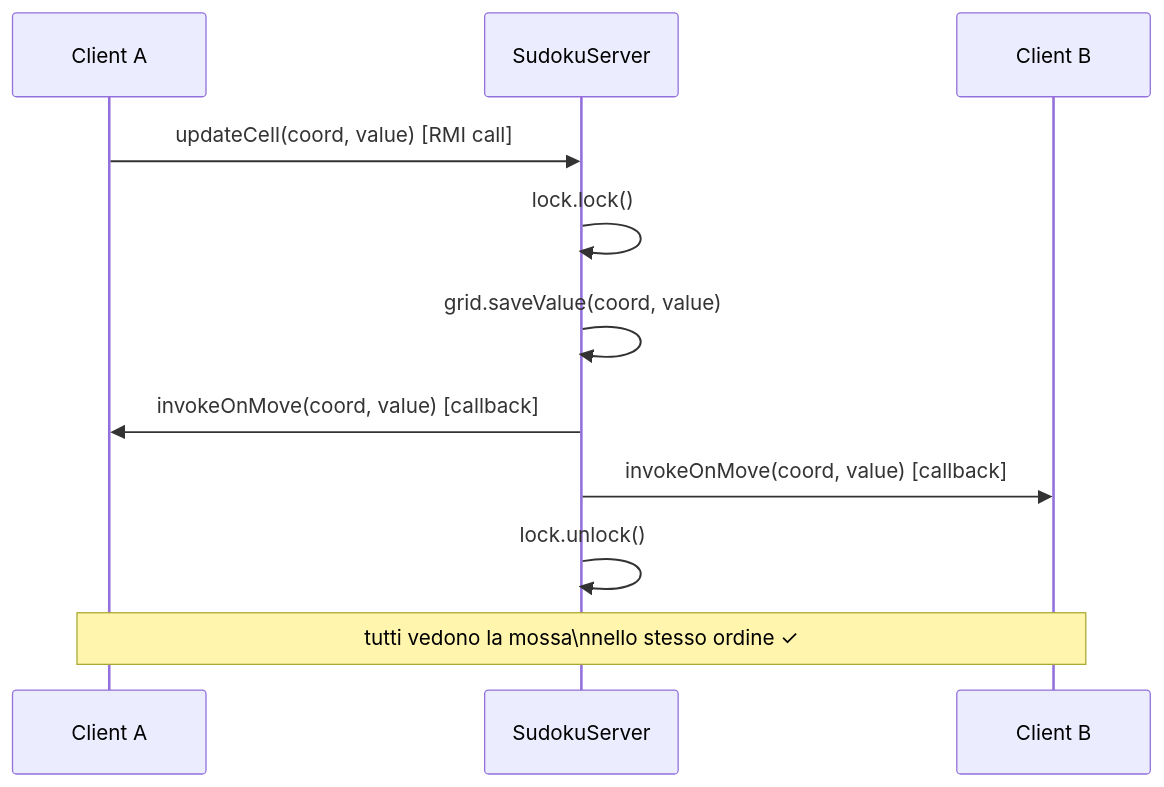
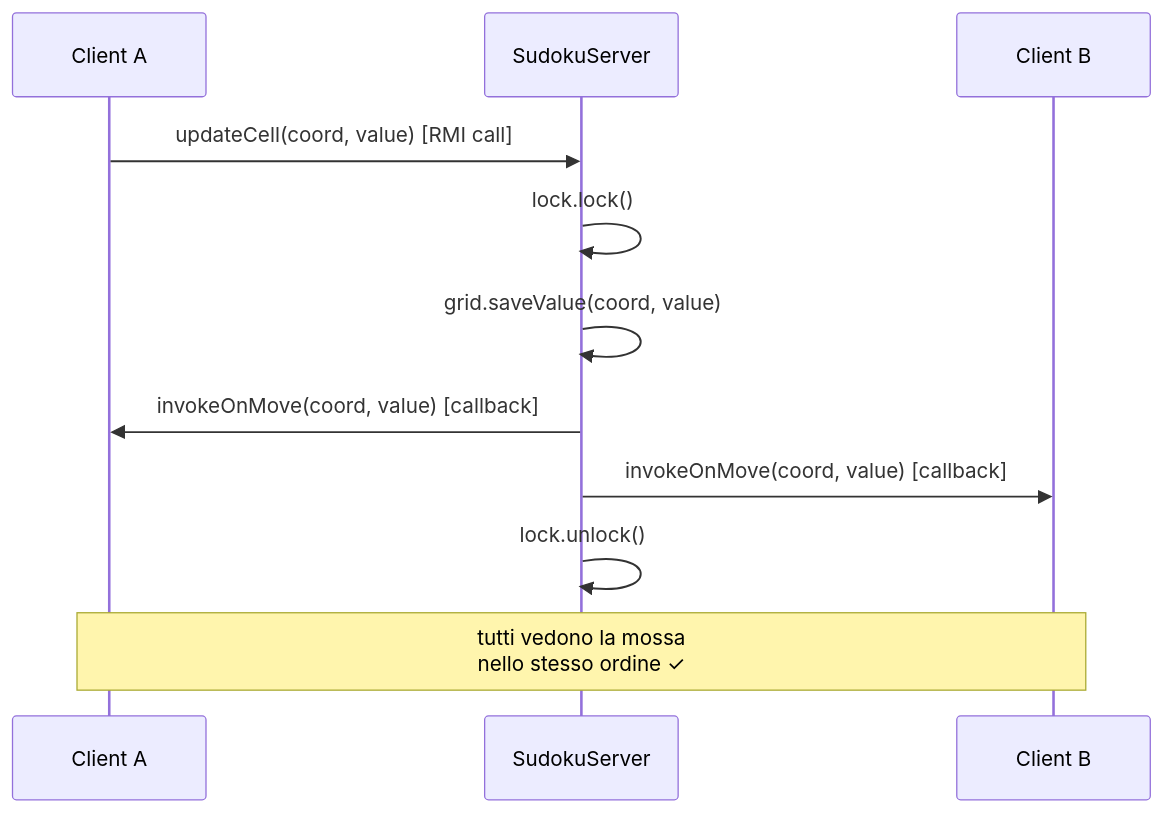
One commit to JBmanu/PCD-03 changed the third of 9 diagrams in sudoku-rmi/doc/report.md. Above: the diagram before and after it, drawn with Mermaid. The commit also changed other lines of this file and 2 other files, not shown here.

````diff
--- a/sudoku-rmi/doc/report.md
+++ b/sudoku-rmi/doc/report.md
@@ -122,13 +130,18 @@
 ```mermaid
+---
+config:
+  theme: default
+  layout: dagre
+---
 sequenceDiagram
     participant CA as Client A
     participant SRV as SudokuServer
     participant CB as Client B
     CA ->> SRV: updateCell(coord, value) [RMI call]
     SRV ->> SRV: lock.lock()
     SRV ->> SRV: grid.saveValue(coord, value)
     SRV ->> CA: invokeOnMove(coord, value) [callback]
     SRV ->> CB: invokeOnMove(coord, value) [callback]
     SRV ->> SRV: lock.unlock()
-    Note over CA, CB: tutti vedono la mossa\nnello stesso ordine ✓
+    Note over CA, CB: tutti vedono la mossa<br/>nello stesso ordine ✓
 ```
````
